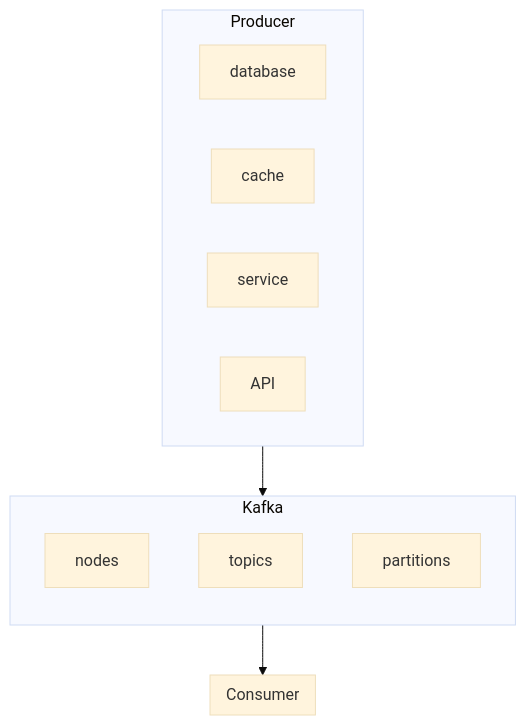
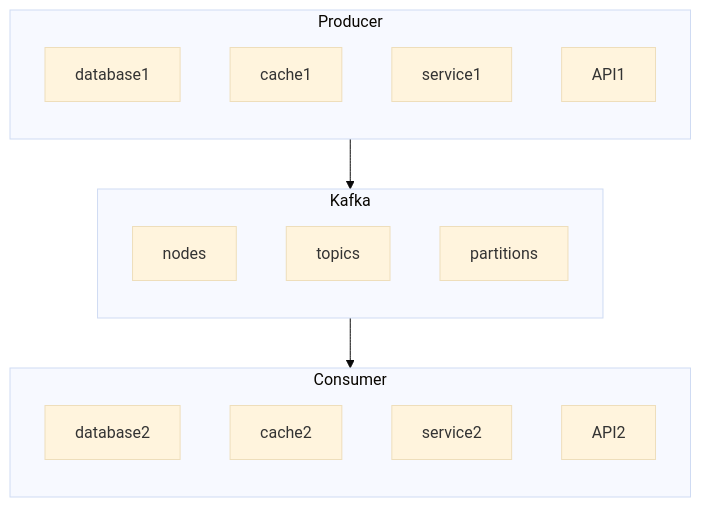
One commit to BurhanH/proxeneta changed the diagram in README.md. Above: the diagram before and after it, drawn with Mermaid (base theme).

````diff
--- a/README.md
+++ b/README.md
@@ -4,25 +4,26 @@
 ```mermaid
 flowchart TD;
     subgraph Producer;
-        direction LR;
-        database;
-        cache;
-        service;
-        API;
+        direction TB;
+        database1;
+        cache1;
+        service1;
+        API1;
     end
     subgraph Kafka;
         direction TB;
         nodes;
         topics;
         partitions;
     end
     subgraph Consumer;
-        direction LR;
-        database;
-        cache;
-        service;
-        API;
+        direction TB;
+        database2;
+        cache2;
+        service2;
+        API2;
     end
-    Producer --> Kafka
-    Kafka --> Consumer
+
+    Producer --> Kafka;
+    Kafka --> Consumer;
 ```
````
